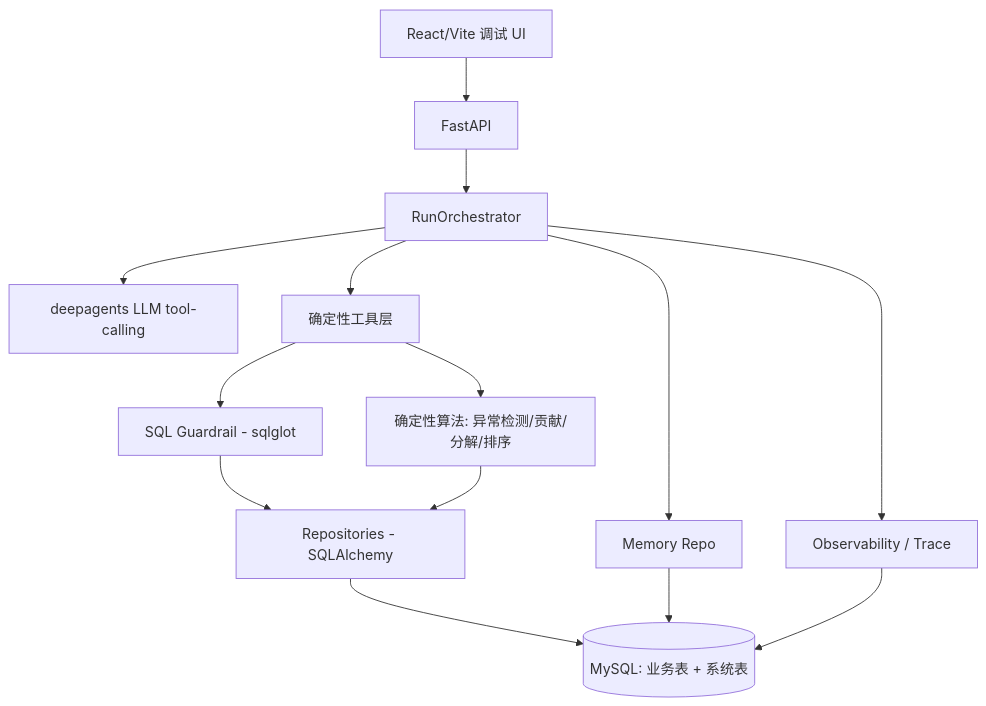
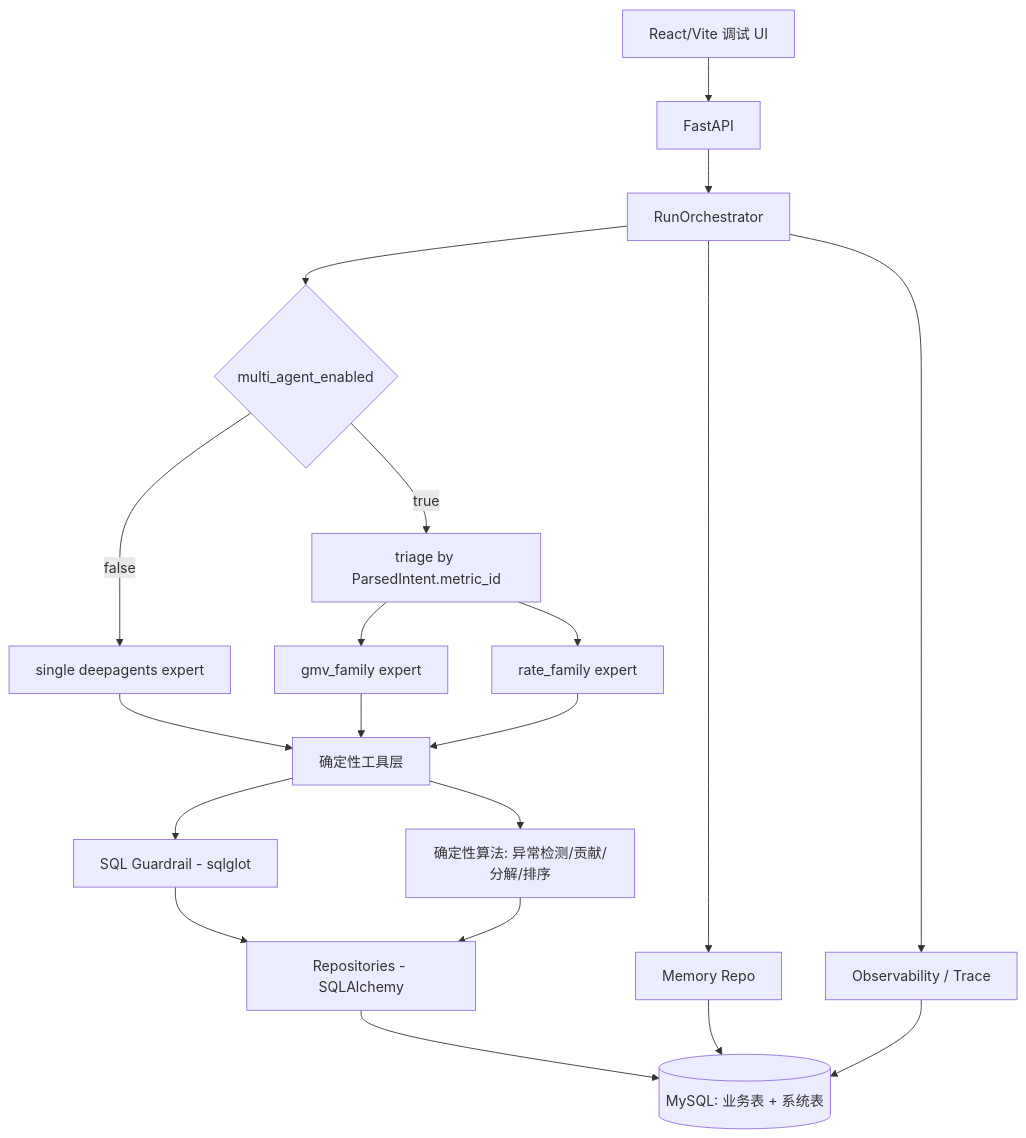
The first of 3 diagrams in docs/MetricRCA.md (WOTMCCR/MetricRCA), drawn with Mermaid before and after one commit. The commit also changed other lines of this file and 21 other files, not shown here.

Commit message:
feat: implement P9 multi-agent topology and parallel eval

````diff
--- a/docs/MetricRCA.md
+++ b/docs/MetricRCA.md
@@ -291,16 +291,22 @@
 ```mermaid
 flowchart TB
   UI[React/Vite 调试 UI] --> API[FastAPI]
   API --> ORCH[RunOrchestrator]
-  ORCH --> AGENT[deepagents LLM tool-calling]
-  ORCH --> TOOLS[确定性工具层]
+  ORCH --> MODE{multi_agent_enabled}
+  MODE -->|false| AGENT[single deepagents expert]
+  MODE -->|true| TRIAGE[triage by ParsedIntent.metric_id]
+  TRIAGE --> GMV[gmv_family expert]
+  TRIAGE --> RATE[rate_family expert]
+  AGENT --> TOOLS[确定性工具层]
+  GMV --> TOOLS
+  RATE --> TOOLS
   TOOLS --> GUARD[SQL Guardrail - sqlglot]
   TOOLS --> ALGO[确定性算法: 异常检测/贡献/分解/排序]
   GUARD --> REPO[Repositories - SQLAlchemy]
   ALGO --> REPO
   REPO --> DB[(MySQL: 业务表 + 系统表)]
   ORCH --> MEM[Memory Repo]
   ORCH --> TRACE[Observability / Trace]
   MEM --> DB
   TRACE --> DB
 ```
````
